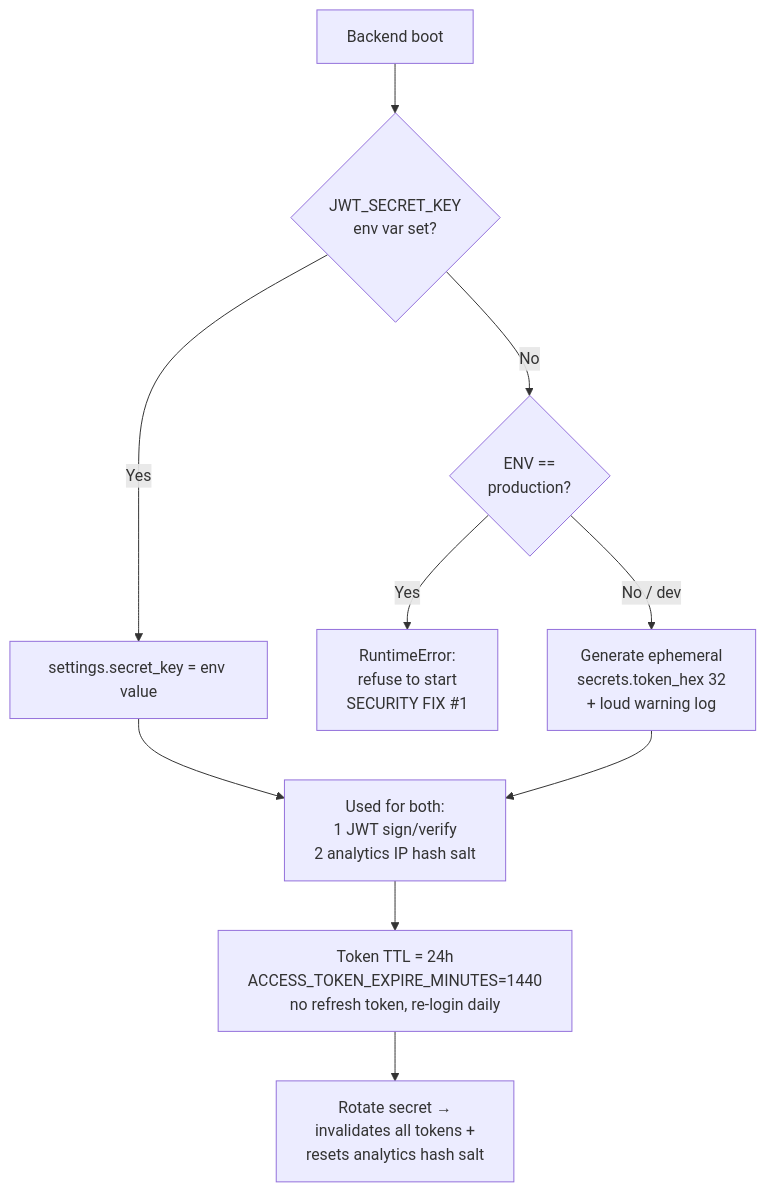
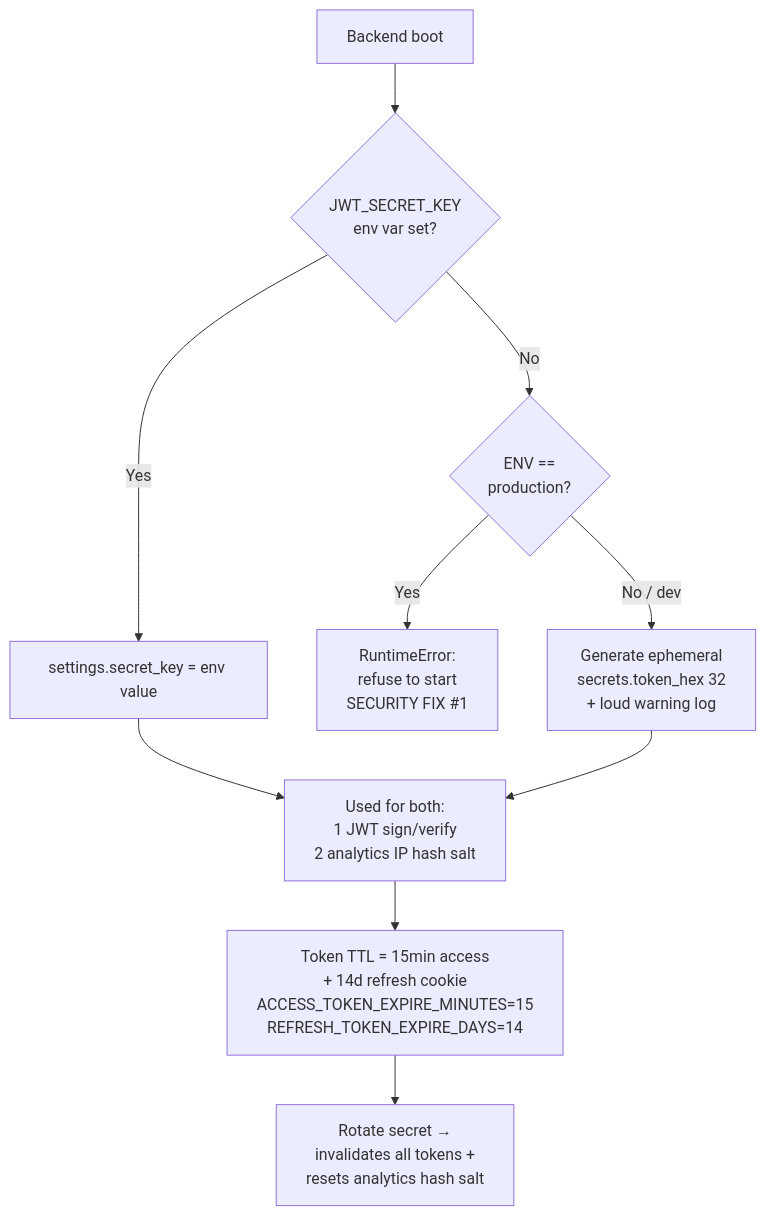
The fourth of 5 diagrams in .ai/diagrams/auth-flow.md (levismadar80-ship-it/FoodMamkor), drawn with Mermaid before and after one commit. The commit also changed other lines of this file and 2 other files, not shown here.

First line of the commit message:
docs: update DEPLOYMENT, AUDIT finding #2, auth-flow diagram for MEH-326

````diff
--- a/.ai/diagrams/auth-flow.md
+++ b/.ai/diagrams/auth-flow.md
@@ -107,14 +107,14 @@
 ```mermaid
 flowchart TD
     Start[Backend boot] --> LoadEnv{JWT_SECRET_KEY<br/>env var set?}
     LoadEnv -->|Yes| UseEnv[settings.secret_key = env value]
     LoadEnv -->|No| CheckProd{ENV ==<br/>production?}
     CheckProd -->|Yes| FailFast[RuntimeError:<br/>refuse to start<br/>SECURITY FIX #1]
     CheckProd -->|No / dev| Ephemeral[Generate ephemeral<br/>secrets.token_hex 32<br/>+ loud warning log]
 
     UseEnv --> Tokens[Used for both:<br/>1 JWT sign/verify<br/>2 analytics IP hash salt]
     Ephemeral --> Tokens
 
-    Tokens --> TTL[Token TTL = 24h<br/>ACCESS_TOKEN_EXPIRE_MINUTES=1440<br/>no refresh token, re-login daily]
+    Tokens --> TTL[Token TTL = 15min access<br/>+ 14d refresh cookie<br/>ACCESS_TOKEN_EXPIRE_MINUTES=15<br/>REFRESH_TOKEN_EXPIRE_DAYS=14]
     TTL --> Rotation[Rotate secret →<br/>invalidates all tokens +<br/>resets analytics hash salt]
 ```
````
